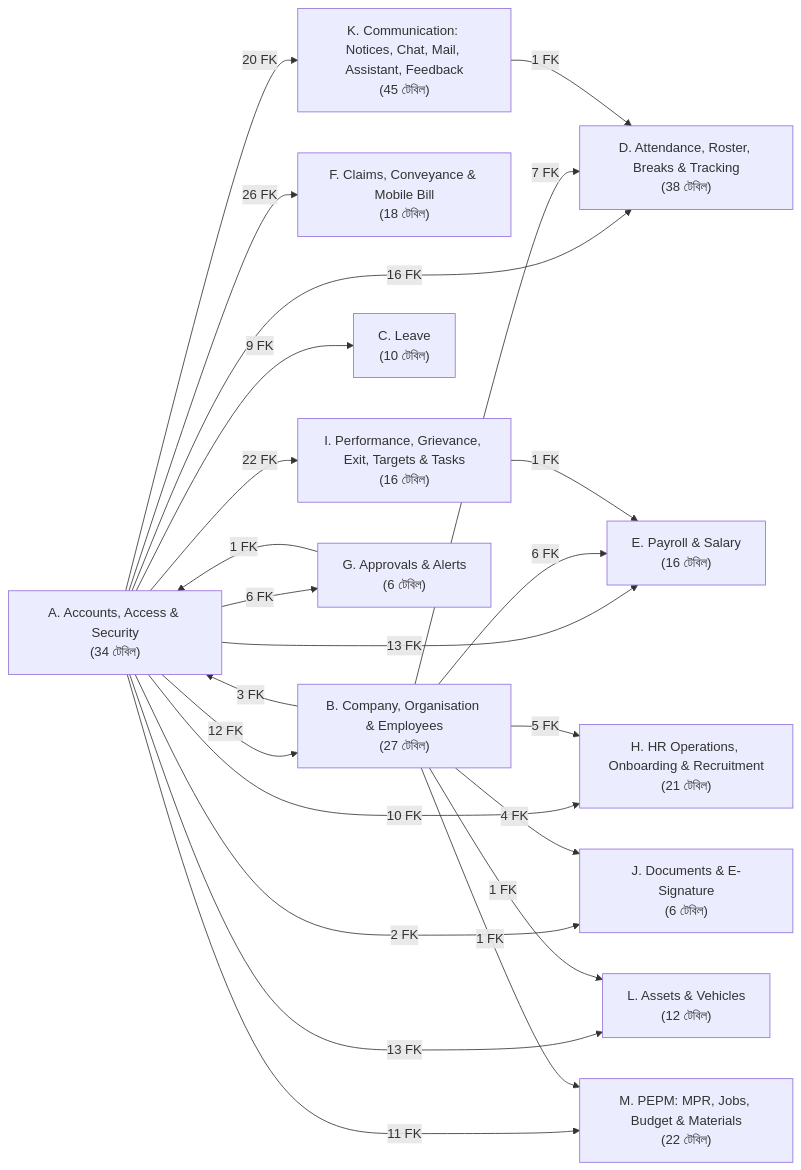
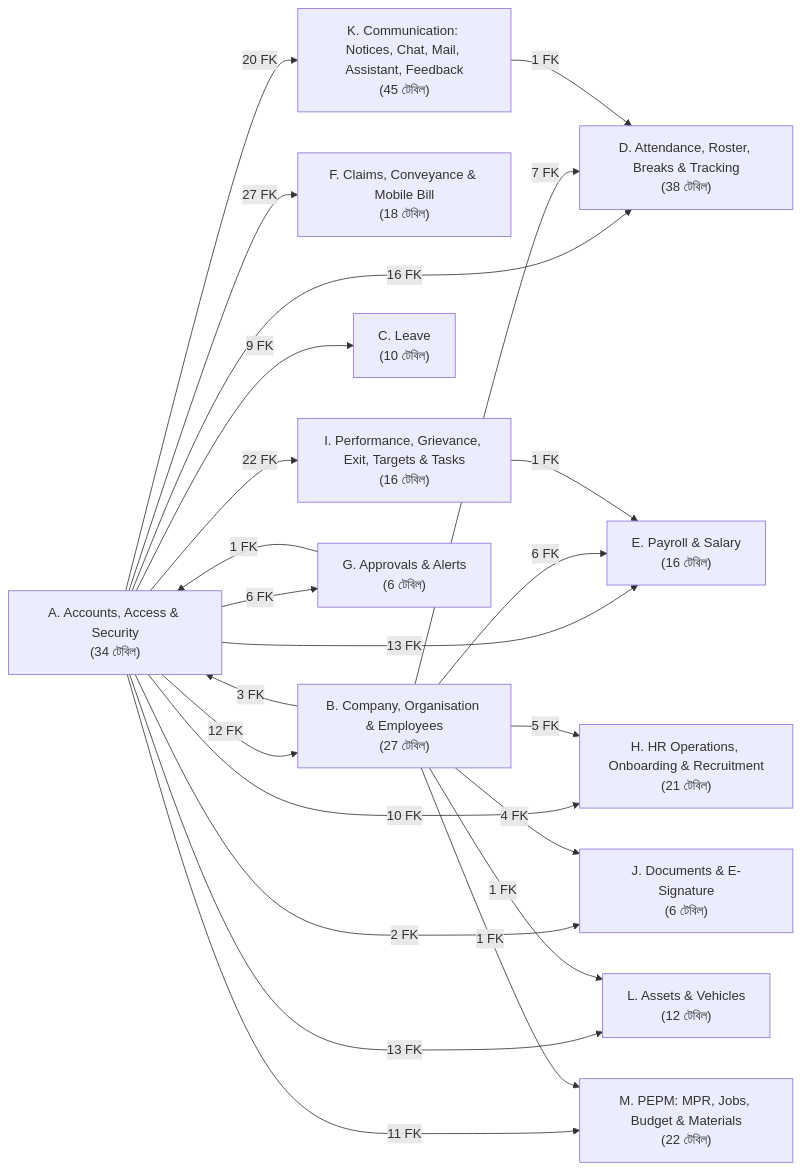
One commit to ruhulamencredence/CredenceHR changed the diagram in docs/architecture/database/diagrams/00-module-map.mmd. Above: the diagram before and after it, drawn with Mermaid. The commit also changed 23 other files, not shown here.

First line of the commit message:
docs: entry_edit_attempts and the closed_short columns in the data dictionary and diagrams

```diff
--- a/docs/architecture/database/diagrams/00-module-map.mmd
+++ b/docs/architecture/database/diagrams/00-module-map.mmd
@@ -1,36 +1,36 @@
 flowchart LR
   K["K. Communication: Notices, Chat, Mail, Assistant, Feedback<br/>(45 টেবিল)"]
   H["H. HR Operations, Onboarding & Recruitment<br/>(21 টেবিল)"]
   D["D. Attendance, Roster, Breaks & Tracking<br/>(38 টেবিল)"]
   A["A. Accounts, Access & Security<br/>(34 টেবিল)"]
   M["M. PEPM: MPR, Jobs, Budget & Materials<br/>(22 টেবিল)"]
   F["F. Claims, Conveyance & Mobile Bill<br/>(18 টেবিল)"]
   B["B. Company, Organisation & Employees<br/>(27 টেবিল)"]
   C["C. Leave<br/>(10 টেবিল)"]
   L["L. Assets & Vehicles<br/>(12 টেবিল)"]
   J["J. Documents & E-Signature<br/>(6 টেবিল)"]
   E["E. Payroll & Salary<br/>(16 টেবিল)"]
   I["I. Performance, Grievance, Exit, Targets & Tasks<br/>(16 টেবিল)"]
   G["G. Approvals & Alerts<br/>(6 টেবিল)"]
   A -->|12 FK| B
   A -->|9 FK| C
   A -->|16 FK| D
   A -->|13 FK| E
-  A -->|26 FK| F
+  A -->|27 FK| F
   A -->|6 FK| G
   A -->|10 FK| H
   A -->|22 FK| I
   A -->|2 FK| J
   A -->|20 FK| K
   A -->|13 FK| L
   A -->|11 FK| M
   B -->|3 FK| A
   B -->|7 FK| D
   B -->|6 FK| E
   B -->|5 FK| H
   B -->|4 FK| J
   B -->|1 FK| L
   B -->|1 FK| M
   G -->|1 FK| A
   I -->|1 FK| E
   K -->|1 FK| D
```
